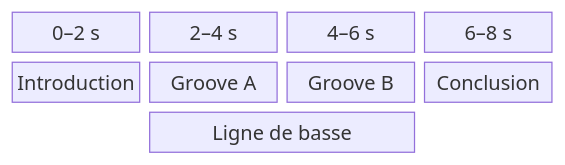
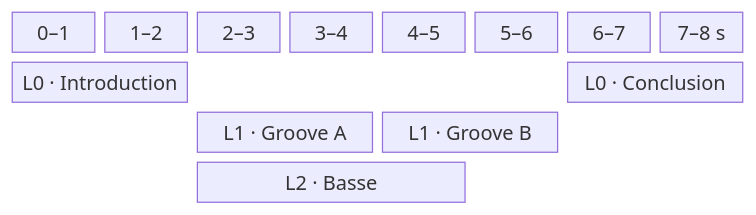
Before and after one commit to LucasBertrand/pianola-doc: the third of 4 diagrams in etudes-de-cas.md, drawn with Mermaid. The commit also changed other lines of this file and 1 other file, not shown here.

Commit message:
Replace composition graph with clip grid

````diff
--- a/etudes-de-cas.md
+++ b/etudes-de-cas.md
@@ -145,7 +77,8 @@
 ```mermaid
 block-beta
-    columns 4
-    t0["0–2 s"] t1["2–4 s"] t2["4–6 s"] t3["6–8 s"]
-    intro["Introduction"] grooveA["Groove A"] grooveB["Groove B"] conclusion["Conclusion"]
-    space basse["Ligne de basse"]:2 space
+    columns 8
+    t0["0–1"] t1["1–2"] t2["2–3"] t3["3–4"] t4["4–5"] t5["5–6"] t6["6–7"] t7["7–8 s"]
+    intro["L0 · Introduction"]:2 space:4 conclusion["L0 · Conclusion"]:2
+    space:2 grooveA["L1 · Groove A"]:2 grooveB["L1 · Groove B"]:2 space:2
+    space:2 basse["L2 · Basse"]:3 space:3
 ```
````
